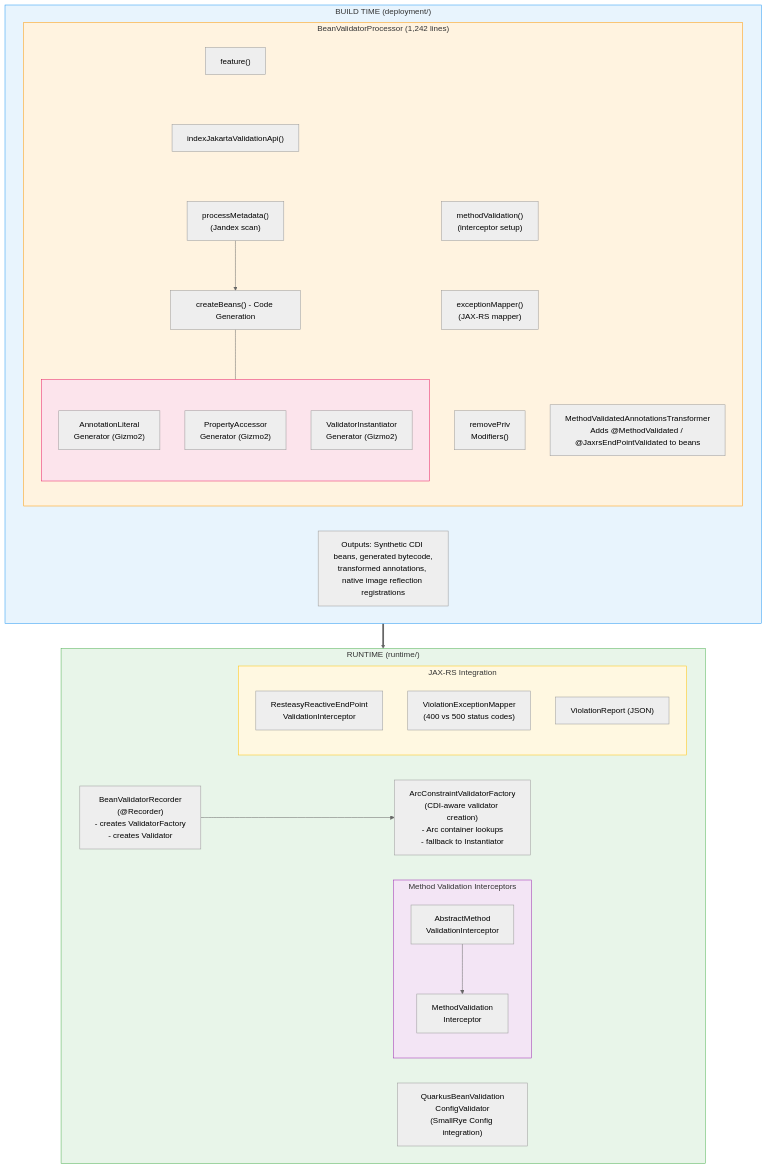
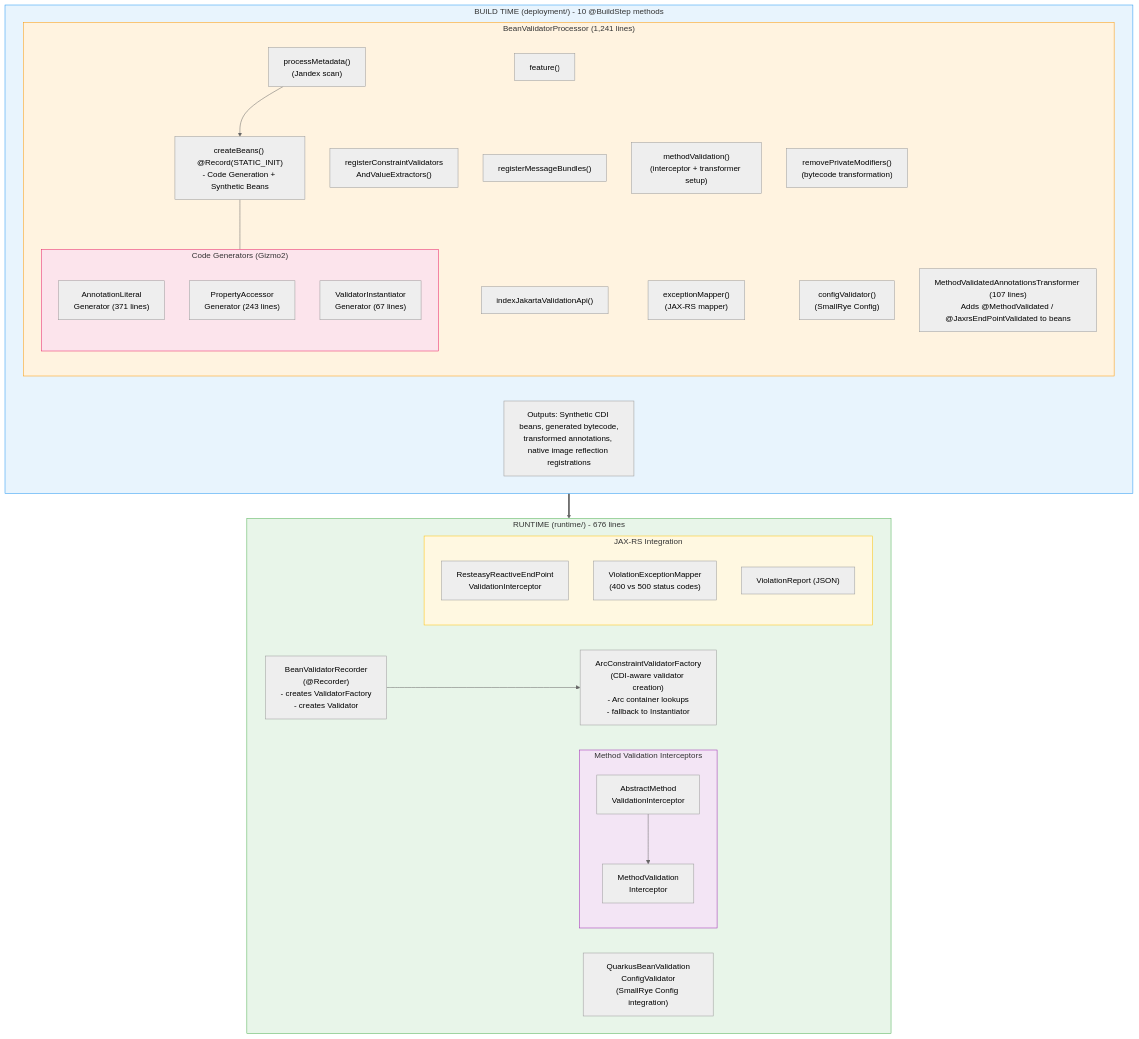
Before and after one commit to jakartaredhat/quarkus-bv: the first of 2 diagrams in extensions/bean-validator/docs/architecture-quarkus-bv.md, drawn with Mermaid (neutral theme). The commit also changed other lines of this file and 4 other files, not shown here.

````diff
--- a/extensions/bean-validator/docs/architecture-quarkus-bv.md
+++ b/extensions/bean-validator/docs/architecture-quarkus-bv.md
@@ -49,45 +65,47 @@
 ```mermaid
 graph TB
-    subgraph BUILD["BUILD TIME (deployment/)"]
-        subgraph PROC["BeanValidatorProcessor (1,242 lines)"]
+    subgraph BUILD["BUILD TIME (deployment/) - 10 @BuildStep methods"]
+        subgraph PROC["BeanValidatorProcessor (1,241 lines)"]
             direction TB
-            F["feature()"] ~~~ IJ["indexJakartaValidationApi()"] ~~~ PM["processMetadata()<br/>(Jandex scan)"]
-            PM --> CB["createBeans() - Code Generation"]
-            subgraph CODEGEN[" "]
-                ALG["AnnotationLiteral<br/>Generator (Gizmo2)"]
-                PAG["PropertyAccessor<br/>Generator (Gizmo2)"]
-                VIG["ValidatorInstantiator<br/>Generator (Gizmo2)"]
+            F["feature()"] ~~~ RMB["registerMessageBundles()"] ~~~ IJ["indexJakartaValidationApi()"]
+            PM["processMetadata()<br/>(Jandex scan)"] ~~~ REG["registerConstraintValidators<br/>AndValueExtractors()"]
+            PM --> CB["createBeans() @Record(STATIC_INIT)<br/>- Code Generation + Synthetic Beans"]
+            subgraph CODEGEN["Code Generators (Gizmo2)"]
+                ALG["AnnotationLiteral<br/>Generator (371 lines)"]
+                PAG["PropertyAccessor<br/>Generator (243 lines)"]
+                VIG["ValidatorInstantiator<br/>Generator (67 lines)"]
             end
             CB --- CODEGEN
-            MV["methodValidation()<br/>(interceptor setup)"] ~~~ EM["exceptionMapper()<br/>(JAX-RS mapper)"] ~~~ RP["removePriv<br/>Modifiers()"]
-            MВАТ["MethodValidatedAnnotationsTransformer<br/>Adds @MethodValidated / @JaxrsEndPointValidated to beans"]
+            MV["methodValidation()<br/>(interceptor + transformer setup)"] ~~~ EM["exceptionMapper()<br/>(JAX-RS mapper)"]
+            RP["removePrivateModifiers()<br/>(bytecode transformation)"] ~~~ CV["configValidator()<br/>(SmallRye Config)"]
+            MVAT["MethodValidatedAnnotationsTransformer (107 lines)<br/>Adds @MethodValidated / @JaxrsEndPointValidated to beans"]
         end
         OUTPUTS["Outputs: Synthetic CDI beans, generated bytecode,<br/>transformed annotations, native image reflection registrations"]
     end
 
-    subgraph RUNTIME["RUNTIME (runtime/)"]
+    subgraph RUNTIME["RUNTIME (runtime/) - 676 lines"]
         REC["BeanValidatorRecorder<br/>(@Recorder)<br/>- creates ValidatorFactory<br/>- creates Validator"] --> ARC["ArcConstraintValidatorFactory<br/>(CDI-aware validator creation)<br/>- Arc container lookups<br/>- fallback to Instantiator"]
 
         CFG["QuarkusBeanValidation<br/>ConfigValidator<br/>(SmallRye Config integration)"]
 
         subgraph INTERCEPTORS["Method Validation Interceptors"]
             ABS["AbstractMethod<br/>ValidationInterceptor"]
             ABS --> MVI["MethodValidation<br/>Interceptor"]
         end
 
         subgraph JAXRS["JAX-RS Integration"]
             REI["ResteasyReactiveEndPoint<br/>ValidationInterceptor"]
             VEM["ViolationExceptionMapper<br/>(400 vs 500 status codes)"]
             VR["ViolationReport (JSON)"]
         end
     end
 
     BUILD ==> RUNTIME
 
     style BUILD fill:#e8f4fd,stroke:#2196F3
     style RUNTIME fill:#e8f5e9,stroke:#4CAF50
     style PROC fill:#fff3e0,stroke:#FF9800
     style CODEGEN fill:#fce4ec,stroke:#E91E63
     style INTERCEPTORS fill:#f3e5f5,stroke:#9C27B0
     style JAXRS fill:#fff8e1,stroke:#FFC107
 ```
````
